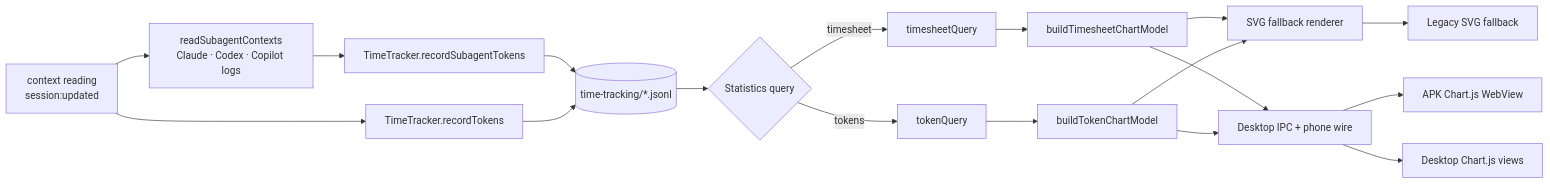
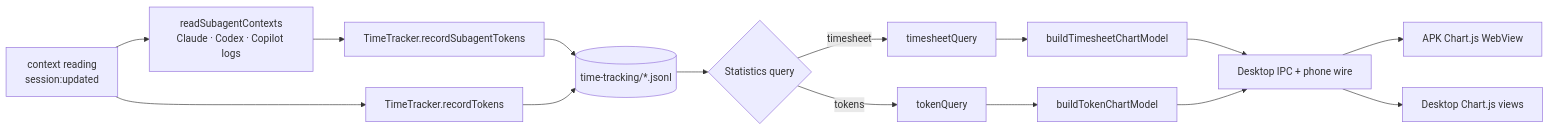
Before and after one commit to PetePeter/helm: the second of 3 diagrams in docs/time-tracking.md, drawn with Mermaid. The commit also changed other lines of this file and 19 other files, not shown here.

Commit message:
refactor(stats): remove legacy SVG chart transport

````diff
--- a/docs/time-tracking.md
+++ b/docs/time-tracking.md
@@ -53,19 +53,16 @@
 ```mermaid
 graph LR
   CU[context reading<br/>session:updated] --> TT[TimeTracker.recordTokens]
   CU --> SA[readSubagentContexts<br/>Claude · Codex · Copilot logs] --> TS[TimeTracker.recordSubagentTokens]
   TS --> J
   TT --> J[(time-tracking/*.jsonl)]
   J --> Q{Statistics query}
   Q -->|timesheet| T[timesheetQuery]
   Q -->|tokens| K[tokenQuery]
   T --> CM[buildTimesheetChartModel]
   K --> CM2[buildTokenChartModel]
-  CM --> C[SVG fallback renderer]
-  CM2 --> C
   CM --> D[Desktop IPC + phone wire]
   CM2 --> D
-  C --> A[Legacy SVG fallback]
-  D --> A2[APK Chart.js WebView]
+  D --> A[APK Chart.js WebView]
   D --> U[Desktop Chart.js views]
 ```
````
